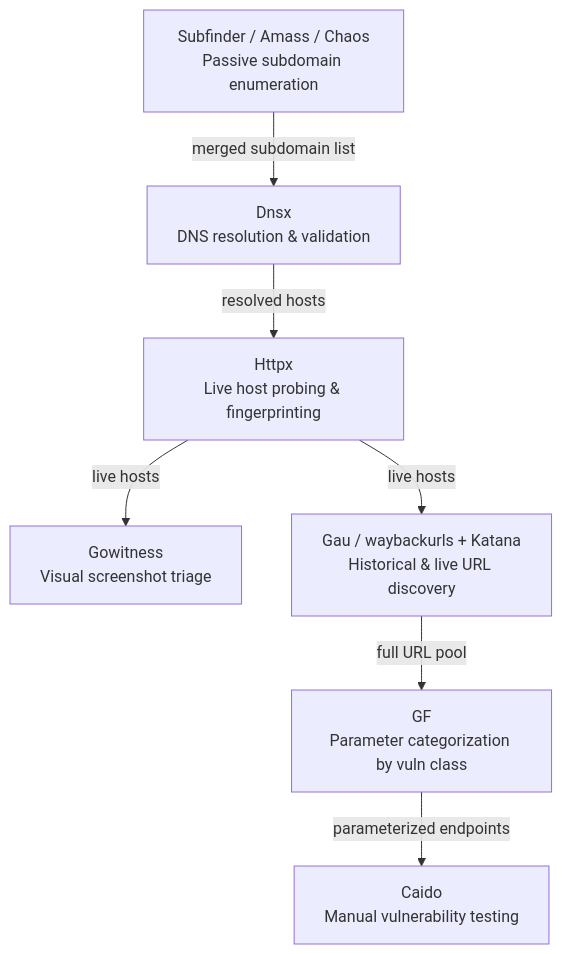
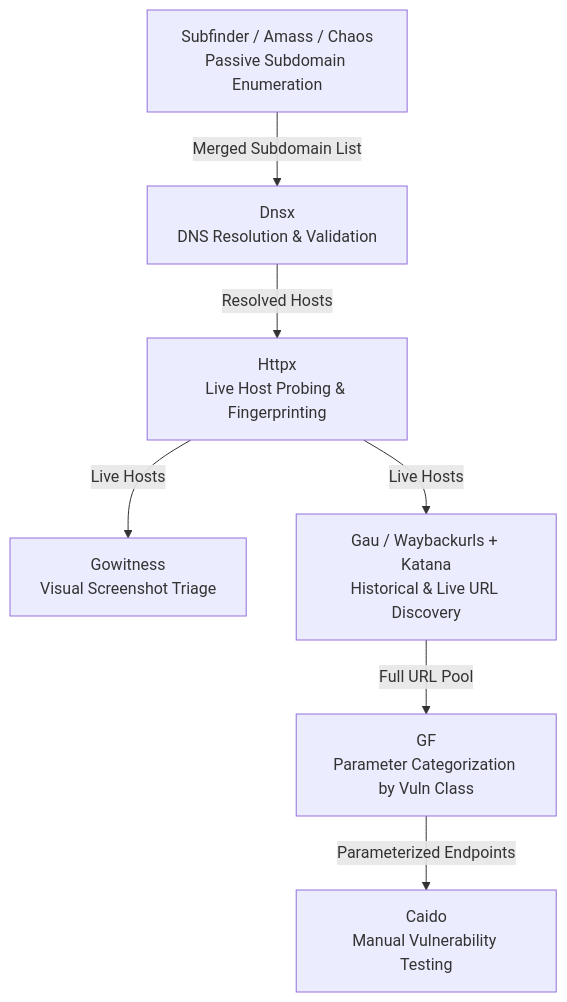
One commit to Benjamin-Spoolstra/Projects changed the diagram in Bug Bounty VPS.md. Above: the diagram before and after it, drawn with Mermaid.

Commit message:
Update Bug Bounty VPS.md

````diff
--- a/Bug Bounty VPS.md
+++ b/Bug Bounty VPS.md
@@ -110,10 +110,10 @@
 ```mermaid
 flowchart TD
-    A["Subfinder / Amass / Chaos\nPassive subdomain enumeration"] -->|merged subdomain list| B
-    B["Dnsx\nDNS resolution & validation"] -->|resolved hosts| C
-    C["Httpx\nLive host probing & fingerprinting"] -->|live hosts| D & E
-    D["Gowitness\nVisual screenshot triage"] 
-    E["Gau / waybackurls + Katana\nHistorical & live URL discovery"] -->|full URL pool| F
-    F["GF\nParameter categorization by vuln class"] -->|parameterized endpoints| G
-    G["Caido\nManual vulnerability testing"]
+    A["Subfinder / Amass / Chaos\nPassive Subdomain Enumeration"] -->|Merged Subdomain List| B
+    B["Dnsx\nDNS Resolution & Validation"] -->|Resolved Hosts| C
+    C["Httpx\nLive Host Probing & Fingerprinting"] -->|Live Hosts| D & E
+    D["Gowitness\nVisual Screenshot Triage"] 
+    E["Gau / Waybackurls + Katana\nHistorical & Live URL Discovery"] -->|Full URL Pool| F
+    F["GF\nParameter Categorization by Vuln Class"] -->|Parameterized Endpoints| G
+    G["Caido\nManual Vulnerability Testing"]
 ```
````
